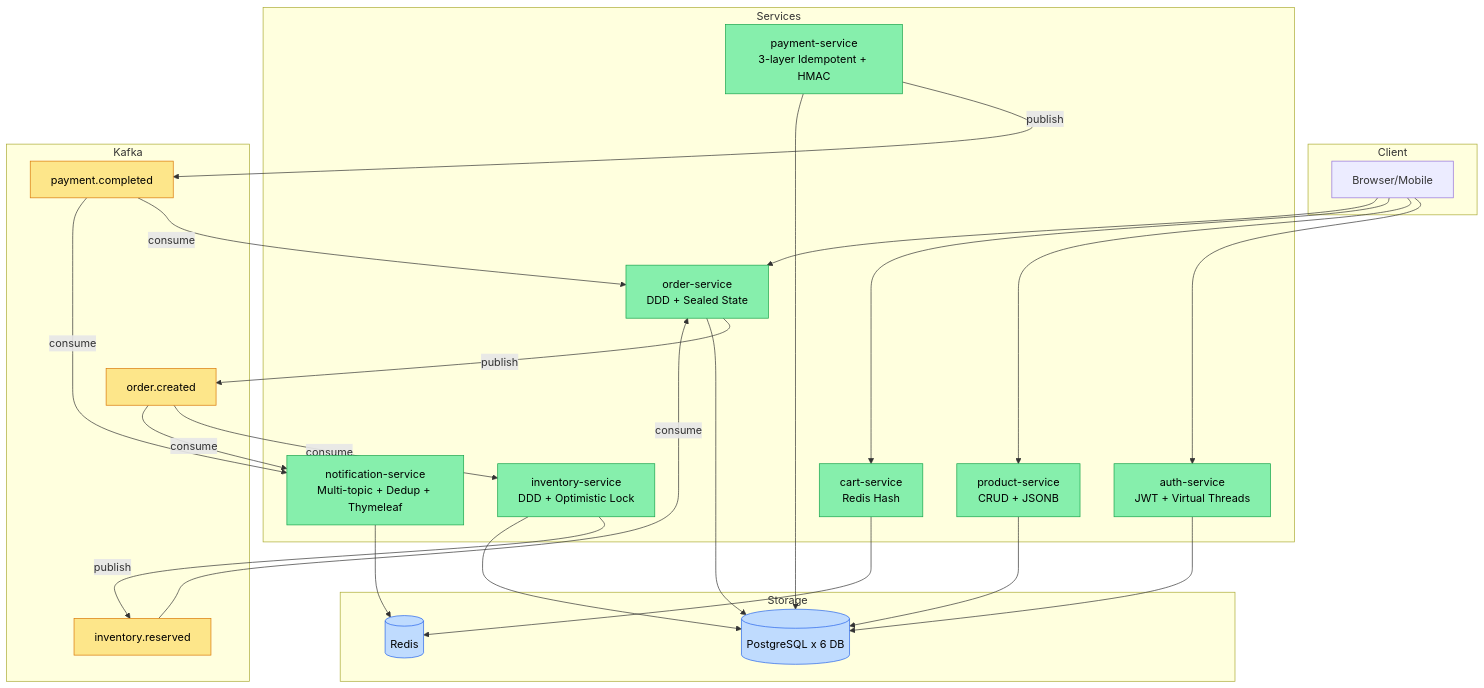
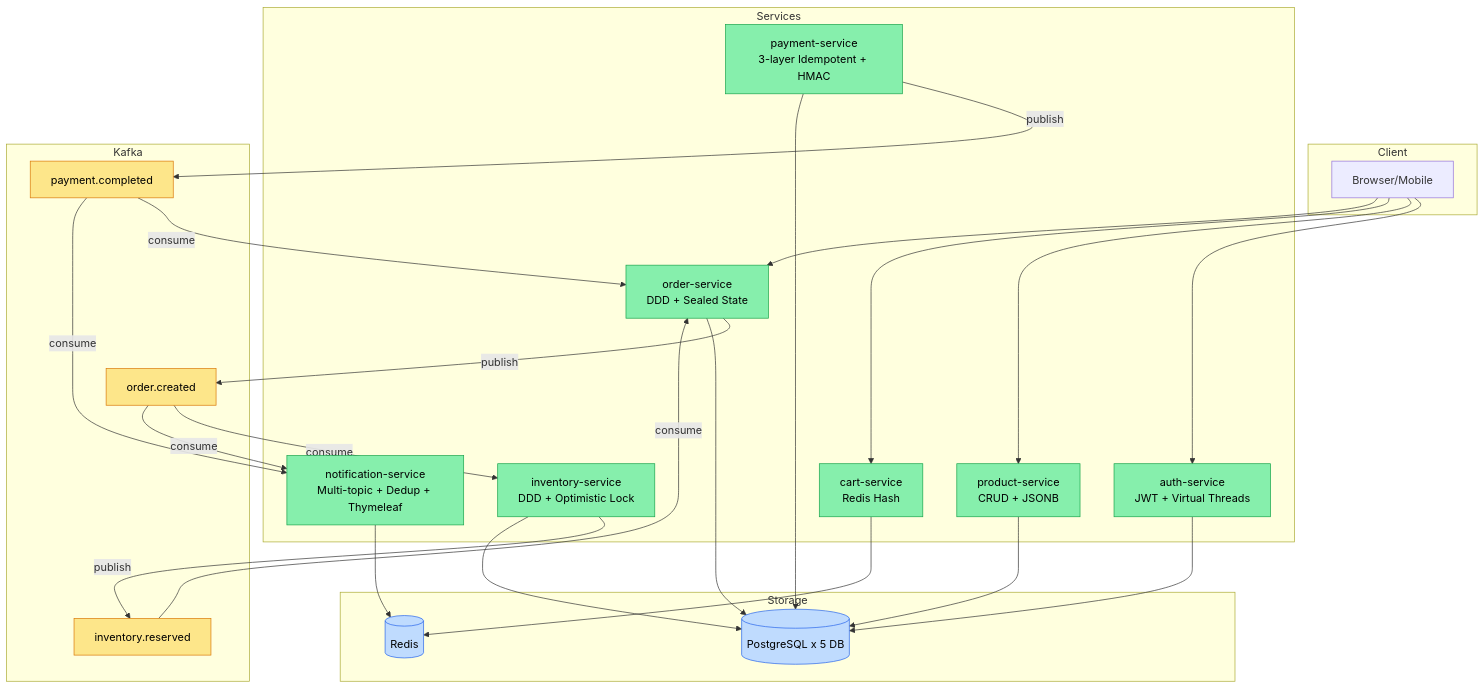
Before and after one commit to codevuichamcom/ecommerce-platform: the diagram in docs/evolution/11-nguoi-dua-thu.md, drawn with Mermaid. The commit also changed 5 other files, not shown here.

````diff
--- a/docs/evolution/11-nguoi-dua-thu.md
+++ b/docs/evolution/11-nguoi-dua-thu.md
@@ -309,53 +309,53 @@
 ```mermaid
 graph TD
     subgraph Client
         Browser[Browser/Mobile]
     end
     subgraph Services
         AuthSvc[auth-service<br/>JWT + Virtual Threads]
         ProductSvc[product-service<br/>CRUD + JSONB]
         InvSvc[inventory-service<br/>DDD + Optimistic Lock]
         CartSvc[cart-service<br/>Redis Hash]
         OrderSvc[order-service<br/>DDD + Sealed State]
         PaySvc[payment-service<br/>3-layer Idempotent + HMAC]
         NotifSvc[notification-service<br/>Multi-topic + Dedup + Thymeleaf]
     end
     subgraph Kafka
         T1[order.created]
         T2[inventory.reserved]
         T3[payment.completed]
     end
     subgraph Storage
-        PG[(PostgreSQL x 6 DB)]
+        PG[(PostgreSQL x 5 DB)]
         Redis[(Redis)]
     end
 
     Browser --> AuthSvc
     Browser --> ProductSvc
     Browser --> CartSvc
     Browser --> OrderSvc
 
     OrderSvc -->|publish| T1
     T1 -->|consume| InvSvc
     T1 -->|consume| NotifSvc
     InvSvc -->|publish| T2
     T2 -->|consume| OrderSvc
     PaySvc -->|publish| T3
     T3 -->|consume| OrderSvc
     T3 -->|consume| NotifSvc
 
     AuthSvc --> PG
     ProductSvc --> PG
     InvSvc --> PG
     OrderSvc --> PG
     PaySvc --> PG
     CartSvc --> Redis
     NotifSvc --> Redis
 
     classDef kafka fill:#fde68a,stroke:#d97706,color:#000
     classDef storage fill:#bfdbfe,stroke:#2563eb,color:#000
     classDef service fill:#86efac,stroke:#16a34a,color:#000
     class T1,T2,T3 kafka
     class PG,Redis storage
     class AuthSvc,ProductSvc,InvSvc,CartSvc,OrderSvc,PaySvc,NotifSvc service
 ```
````
